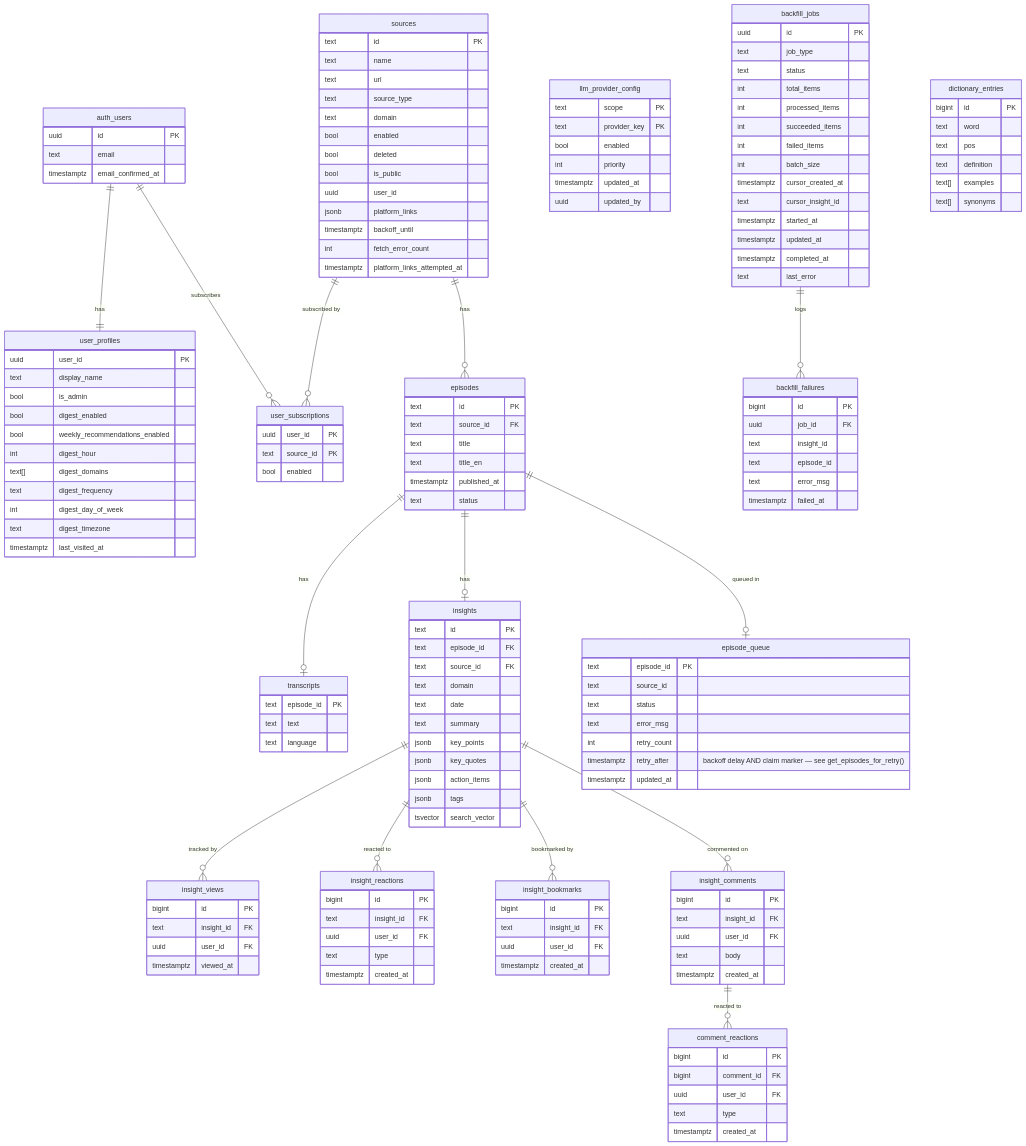
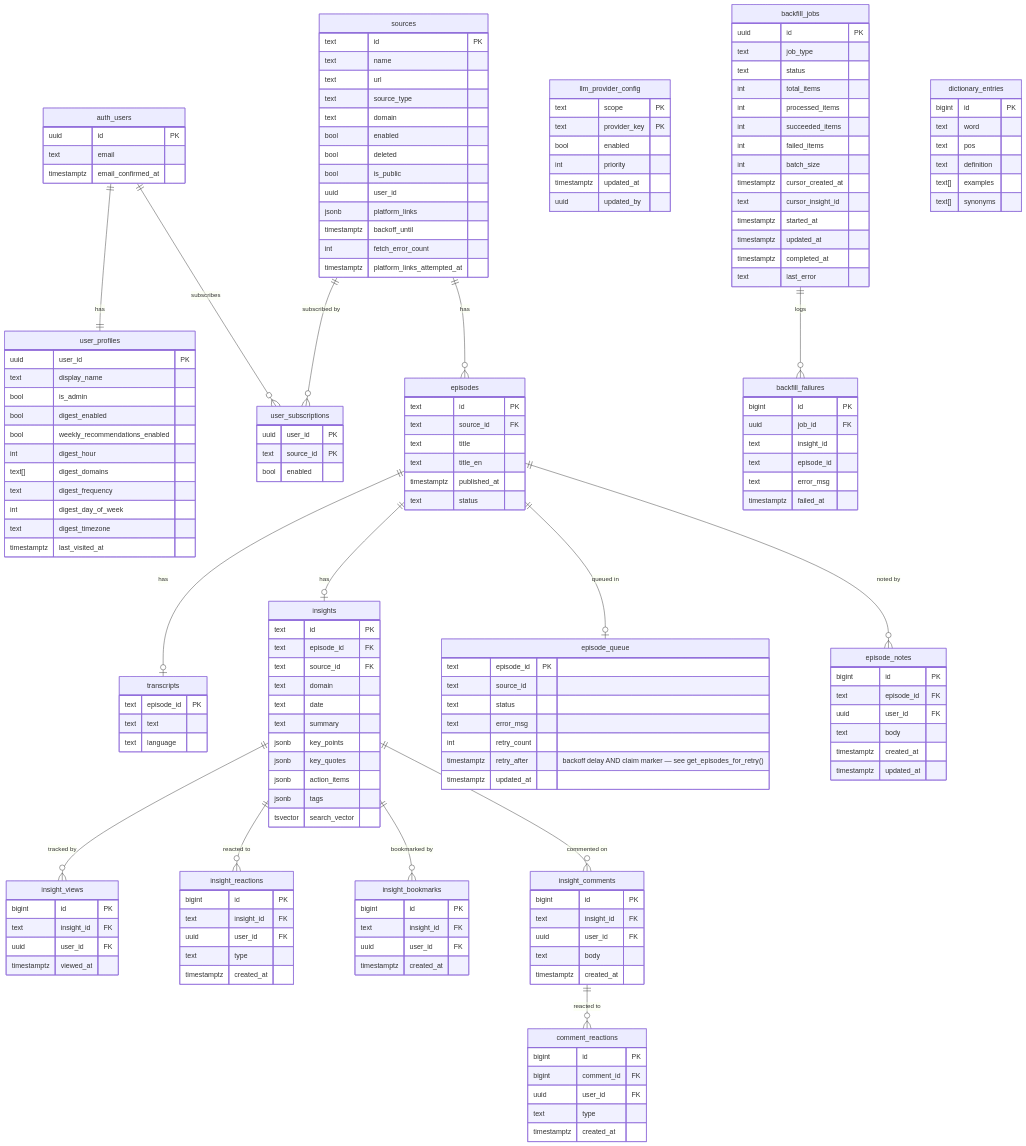
The second of 2 diagrams in docs/architecture.md (vtghub/PodcastsSummarizer), drawn with Mermaid before and after one commit. The commit also changed other lines of this file and 2 other files, not shown here.

Commit message:
docs: update architecture and workflow diagrams post-PR #355

```diff
--- a/docs/architecture.md
+++ b/docs/architecture.md
@@ -339,6 +345,14 @@
         uuid user_id FK
         timestamptz created_at
     }
+    episode_notes {
+        bigint id PK
+        text episode_id FK
+        uuid user_id FK
+        text body
+        timestamptz created_at
+        timestamptz updated_at
+    }
     insight_comments {
         bigint id PK
         text insight_id FK
@@ -401,6 +415,7 @@
     episodes ||--o| transcripts : "has"
     episodes ||--o| insights : "has"
     episodes ||--o| episode_queue : "queued in"
+    episodes ||--o{ episode_notes : "noted by"
     insights ||--o{ insight_views : "tracked by"
     insights ||--o{ insight_reactions : "reacted to"
     insights ||--o{ insight_bookmarks : "bookmarked by"
```
